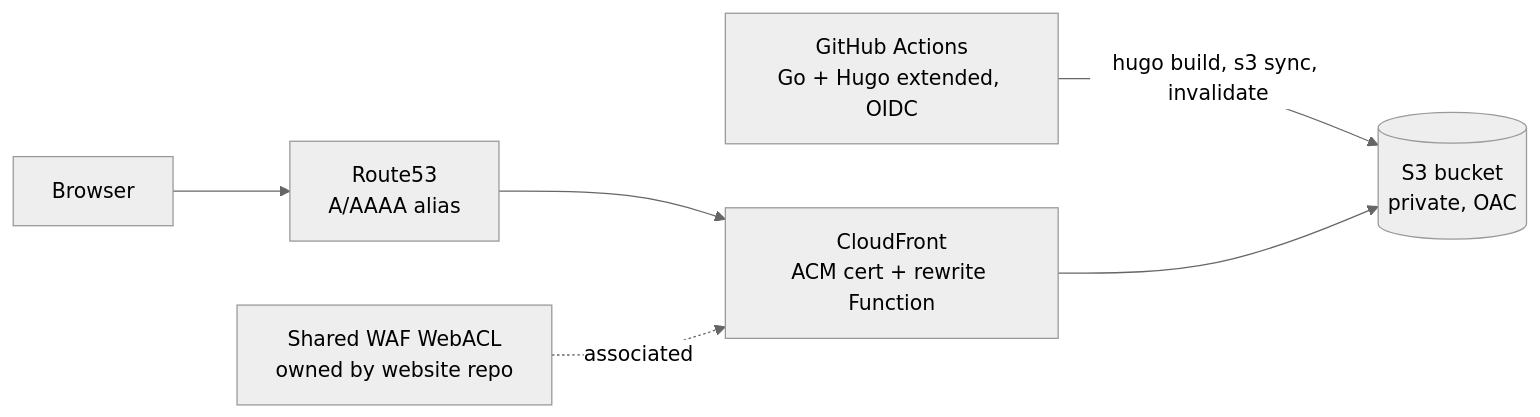
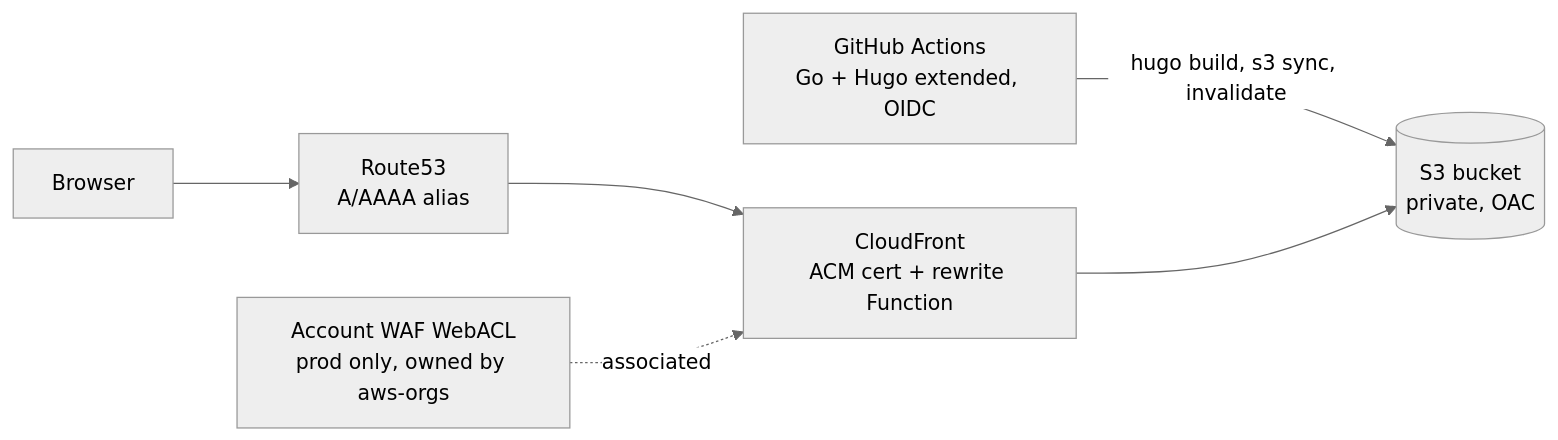
The diagram in README.md (rwaterman/blog), drawn with Mermaid (neutral theme) before and after one commit. The commit also changed other lines of this file and 11 other files, not shown here.

First line of the commit message:
refactor: deploy one stage per AWS account (#30)

````diff
--- a/README.md
+++ b/README.md
@@ -162,7 +166,7 @@
 ```mermaid
 flowchart LR
   GH[GitHub Actions<br/>Go + Hugo extended, OIDC] -->|hugo build, s3 sync, invalidate| S3[(S3 bucket<br/>private, OAC)]
   U[Browser] --> R53[Route53<br/>A/AAAA alias] --> CF[CloudFront<br/>ACM cert + rewrite Function]
   CF --> S3
-  WAF[Shared WAF WebACL<br/>owned by website repo] -. associated .-> CF
+  WAF[Account WAF WebACL<br/>prod only, owned by aws-orgs] -. associated .-> CF
 ```
````
